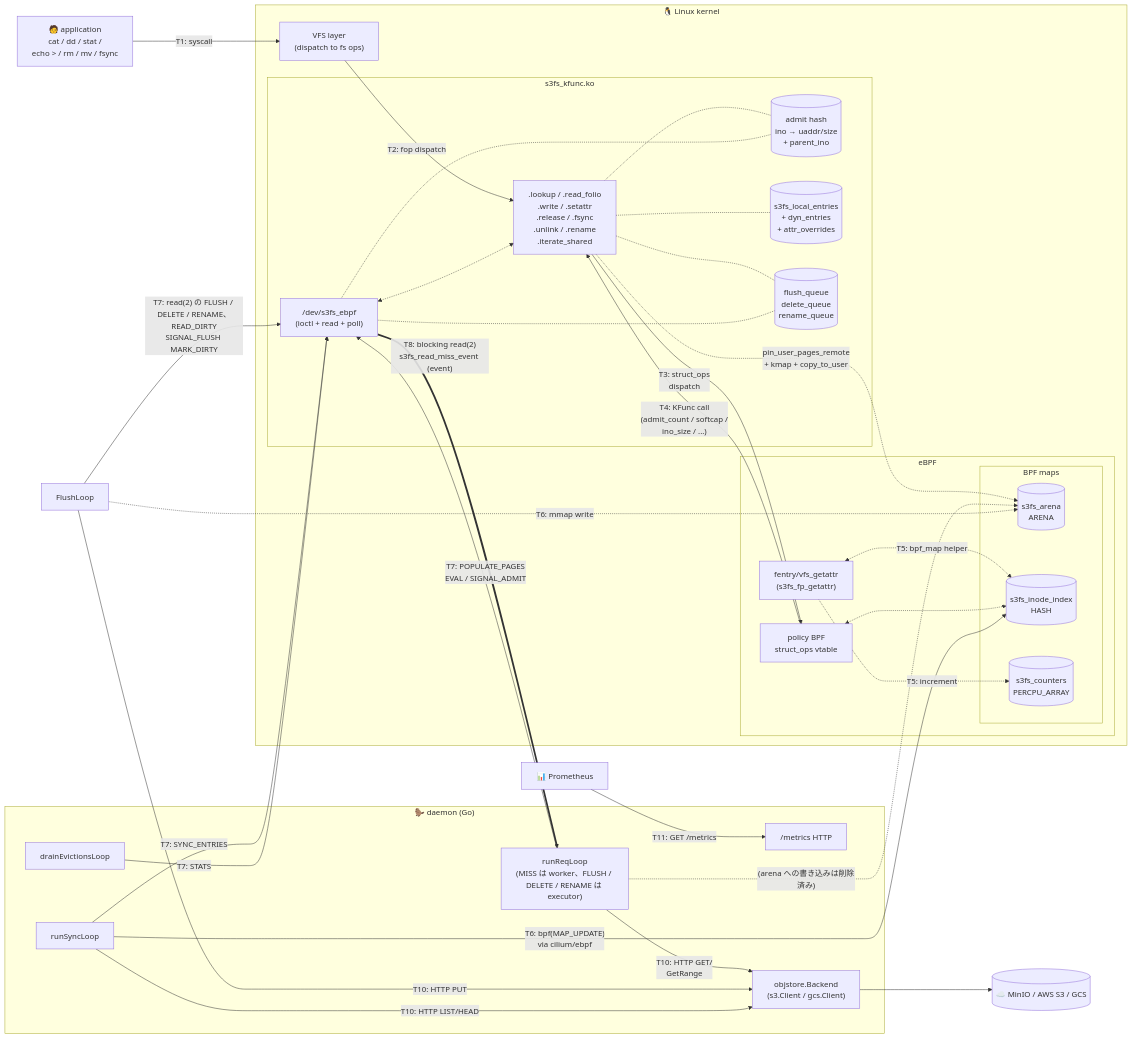
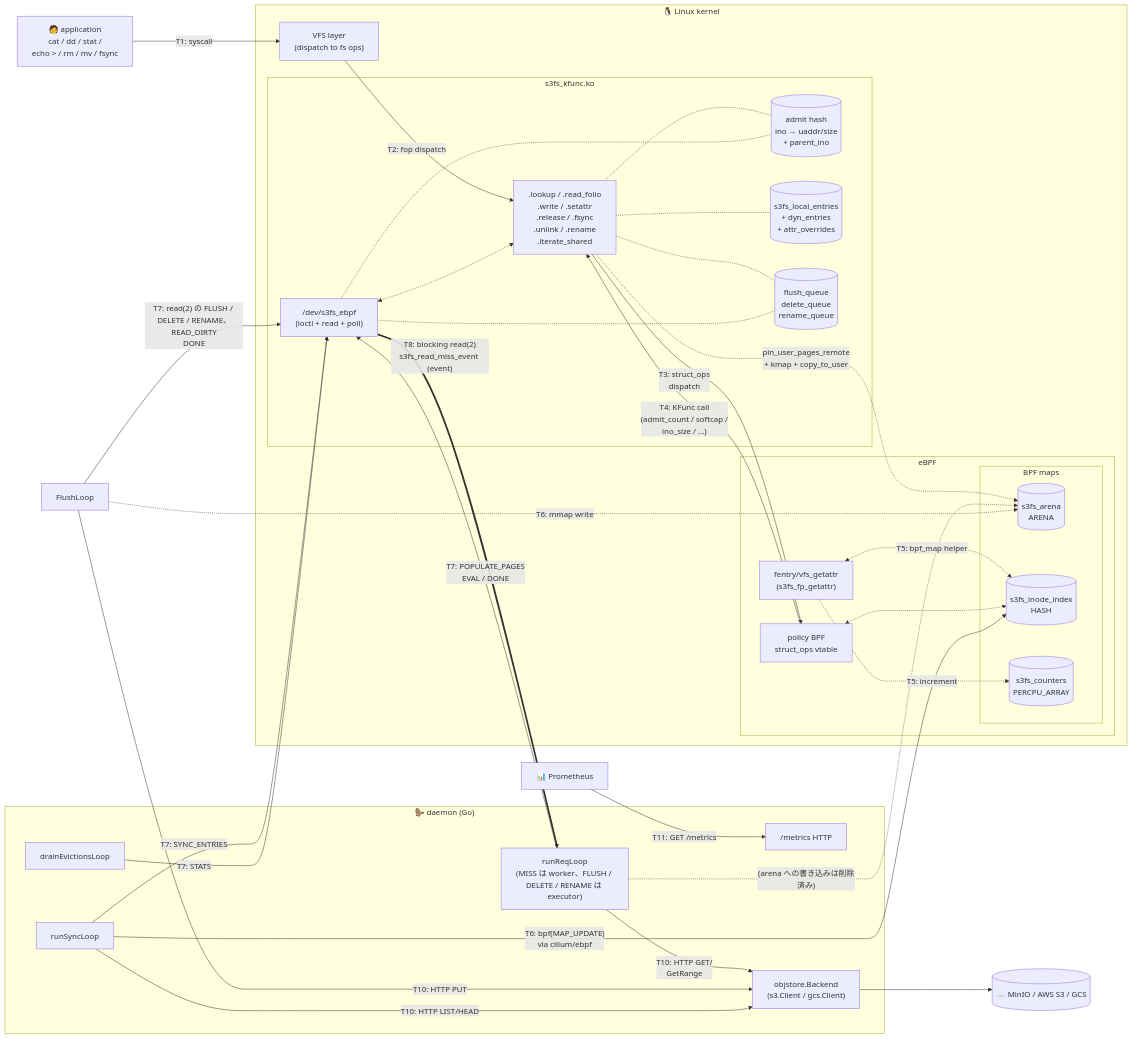
Before and after one commit to masu-mi/s3fs-ebpf: the first of 5 diagrams in docs/design/component-communication.md, drawn with Mermaid. The commit also changed other lines of this file and 33 other files, not shown here.

First line of the commit message:
v2 Phase 4 (part 3): one inflight table and one DONE ioctl; fsync waits for an in-flight flush (AC-96)

````diff
--- a/docs/design/component-communication.md
+++ b/docs/design/component-communication.md
@@ -64,74 +62,74 @@
 ```mermaid
 flowchart LR
     App["🧑 application<br/>cat / dd / stat /<br/>echo &gt; / rm / mv / fsync"]
 
     subgraph K["🐧 Linux kernel"]
       VFS["VFS layer<br/>(dispatch to fs ops)"]
       subgraph Kmod["s3fs_kfunc.ko"]
         Fops[".lookup / .read_folio<br/>.write / .setattr<br/>.release / .fsync<br/>.unlink / .rename<br/>.iterate_shared"]
         Miscdev["/dev/s3fs_ebpf<br/>(ioctl + read + poll)"]
         AdmitTbl[("admit hash<br/>ino → uaddr/size<br/>+ parent_ino")]
         LocalEntries[("s3fs_local_entries<br/>+ dyn_entries<br/>+ attr_overrides")]
         FlushQ[("flush_queue<br/>delete_queue<br/>rename_queue")]
       end
       subgraph BPF["eBPF"]
         Fentry["fentry/vfs_getattr<br/>(s3fs_fp_getattr)"]
         Policy["policy BPF<br/>struct_ops vtable"]
         subgraph Maps["BPF maps"]
           Arena[(s3fs_arena<br/>ARENA)]
           Idx[(s3fs_inode_index<br/>HASH)]
           Ctr[(s3fs_counters<br/>PERCPU_ARRAY)]
         end
       end
     end
 
     subgraph D["🦫 daemon (Go)"]
       MissLoop["runReqLoop<br/>(MISS は worker、FLUSH / DELETE / RENAME は executor)"]
       SyncLoop["runSyncLoop"]
       DrainLoop["drainEvictionsLoop"]
       MetricsSrv["/metrics HTTP"]
       Objstore["objstore.Backend<br/>(s3.Client / gcs.Client)"]
     end
 
     S3[("☁️ MinIO / AWS S3 / GCS")]
     Prom["📊 Prometheus"]
 
     %% T1
     App -->|"T1: syscall"| VFS
     %% T2
     VFS -->|"T2: fop dispatch"| Fops
     Fops -.- AdmitTbl
     Fops -.- LocalEntries
     Fops -.- FlushQ
     %% T3
     Fops -->|"T3: struct_ops<br/>dispatch"| Policy
     %% T4
     Policy -->|"T4: KFunc call<br/>(admit_count / softcap /<br/>ino_size / ...)"| Fops
     %% T5
     Fentry <-.->|"T5: bpf_map helper"| Idx
     Fentry -.->|"T5: increment"| Ctr
     Policy <-.-> Idx
     %% arena bytes (T6 side write, kmod side GUP)
     Fops -.->|"pin_user_pages_remote<br/>+ kmap + copy_to_user"| Arena
     %% T6
     MissLoop -.->|"(arena への書き込みは削除済み)"| Arena
     FlushLoop -.->|"T6: mmap write"| Arena
     SyncLoop -->|"T6: bpf(MAP_UPDATE)<br/>via cilium/ebpf"| Idx
     %% T7 ioctl (daemon → kmod)
-    MissLoop -->|"T7: POPULATE_PAGES<br/>EVAL / SIGNAL_ADMIT"| Miscdev
-    FlushLoop -->|"T7: read(2) の FLUSH / DELETE / RENAME、READ_DIRTY<br/>SIGNAL_FLUSH MARK_DIRTY"| Miscdev
+    MissLoop -->|"T7: POPULATE_PAGES<br/>EVAL / DONE"| Miscdev
+    FlushLoop -->|"T7: read(2) の FLUSH / DELETE / RENAME、READ_DIRTY<br/>DONE"| Miscdev
     SyncLoop -->|"T7: SYNC_ENTRIES"| Miscdev
     DrainLoop -->|"T7: STATS"| Miscdev
     Miscdev <-.-> Fops
     Miscdev -.- FlushQ
     Miscdev -.- AdmitTbl
     %% T8 miscdev read (kmod → daemon)
     Miscdev ==>|"T8: blocking read(2)<br/>s3fs_read_miss_event (event)"| MissLoop
     %% T10 backend
     MissLoop -->|"T10: HTTP GET/<br/>GetRange"| Objstore
     FlushLoop -->|"T10: HTTP PUT"| Objstore
     SyncLoop -->|"T10: HTTP LIST/HEAD"| Objstore
     Objstore --> S3
     %% T11
     Prom -->|"T11: GET /metrics"| MetricsSrv
 ```
````
